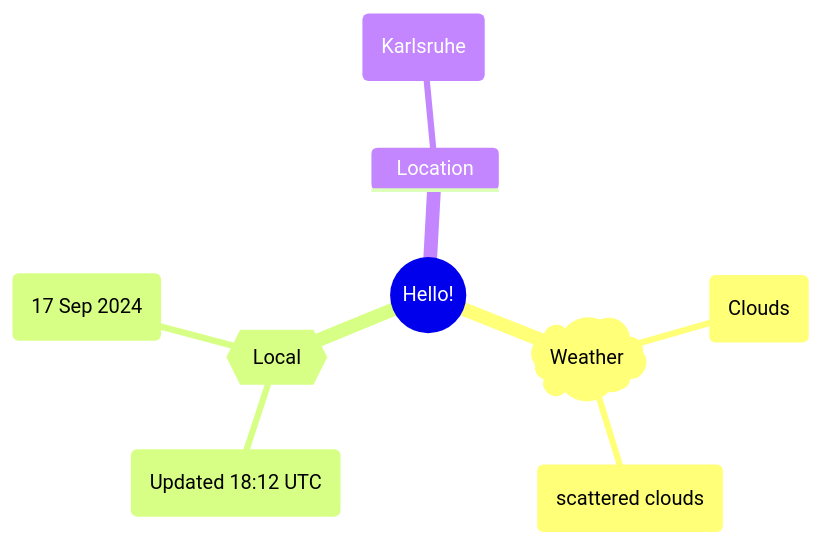
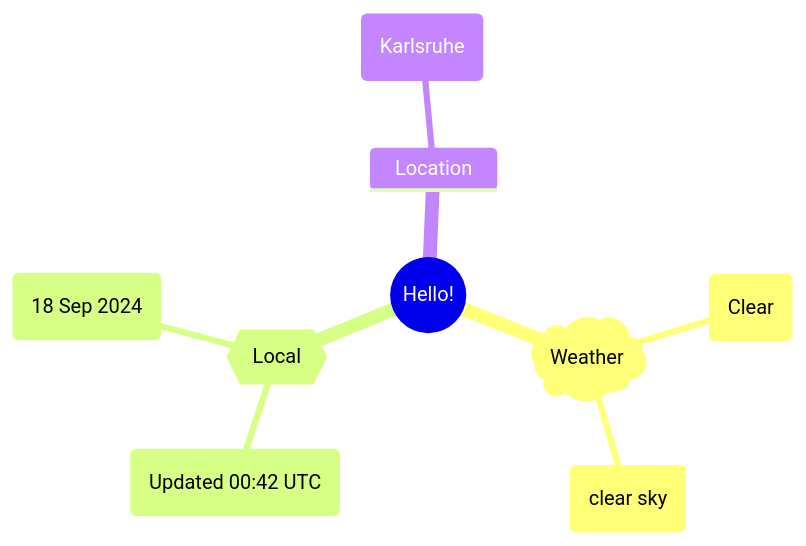
Before and after one commit to Xosrov/Xosrov: the first of 2 diagrams in README.md, drawn with Mermaid.

Commit message:
[bot] updated images

````diff
--- a/README.md
+++ b/README.md
@@ -3,12 +3,12 @@
 ```mermaid
 mindmap
   root((Hello!))
     )Weather(
-        (Clouds)
-        (scattered clouds)
+        (Clear)
+        (clear sky)
     {{Local}}
-        (Updated 18:12 UTC)
-        (17 Sep 2024)
+        (Updated 00:42 UTC)
+        (18 Sep 2024)
     Location
         (Karlsruhe)
 ```
````
